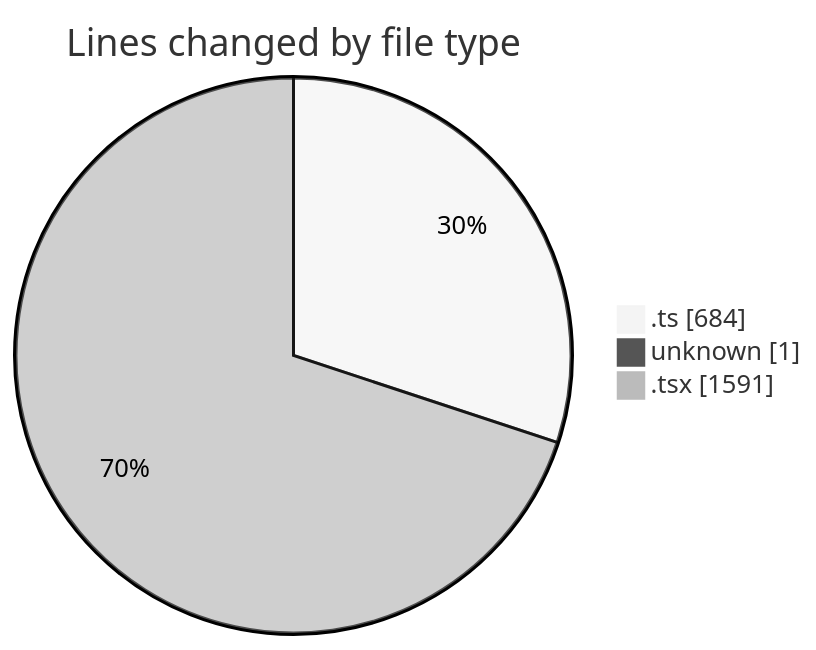
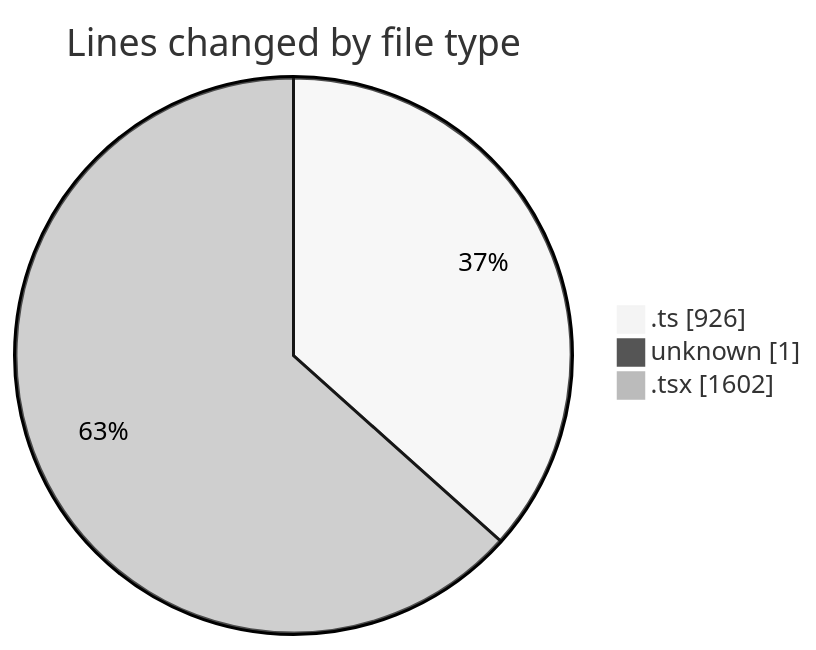
The first of 2 diagrams in 2025-02-17/mbc-web/README.md (robertbonfada/code-tracking), drawn with Mermaid (neutral theme) before and after one commit. The commit also changed other lines of this file and 1 other file, not shown here.

````diff
--- a/2025-02-17/mbc-web/README.md
+++ b/2025-02-17/mbc-web/README.md
@@ -33,7 +36,7 @@
 ```mermaid
 pie showData
 title Lines changed by file type
-".ts" : 684
+".ts" : 926
 "unknown" : 1
-".tsx" : 1591
+".tsx" : 1602
 ```
````
